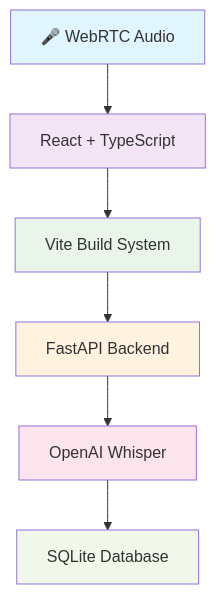
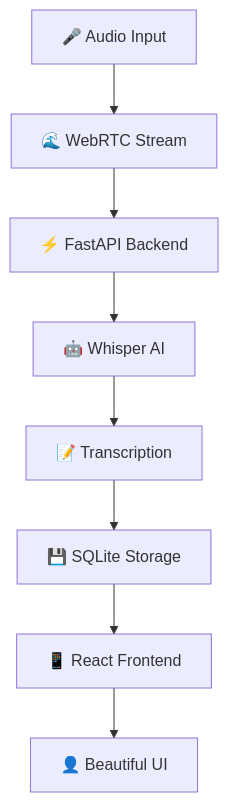
One commit to OP-88/Verba.devops changed the first of 2 diagrams in README.md. Above: the diagram before and after it, drawn with Mermaid. The commit also changed other lines of this file, not shown here.

````diff
--- a/README.md
+++ b/README.md
@@ -165,15 +140,10 @@
 ```mermaid
 graph TB
-    A[🎤 WebRTC Audio] --> B[React + TypeScript]
-    B --> C[Vite Build System]
-    C --> D[FastAPI Backend]
-    D --> E[OpenAI Whisper]
-    E --> F[SQLite Database]
-    
-    style A fill:#e1f5fe
-    style B fill:#f3e5f5
-    style C fill:#e8f5e8
-    style D fill:#fff3e0
-    style E fill:#fce4ec
-    style F fill:#f1f8e9
+    A[🎤 Audio Input] --> B[🌊 WebRTC Stream]
+    B --> C[⚡ FastAPI Backend]
+    C --> D[🤖 Whisper AI]
+    D --> E[📝 Transcription]
+    E --> F[💾 SQLite Storage]
+    F --> G[📱 React Frontend]
+    G --> H[👤 Beautiful UI]
 ```
````
